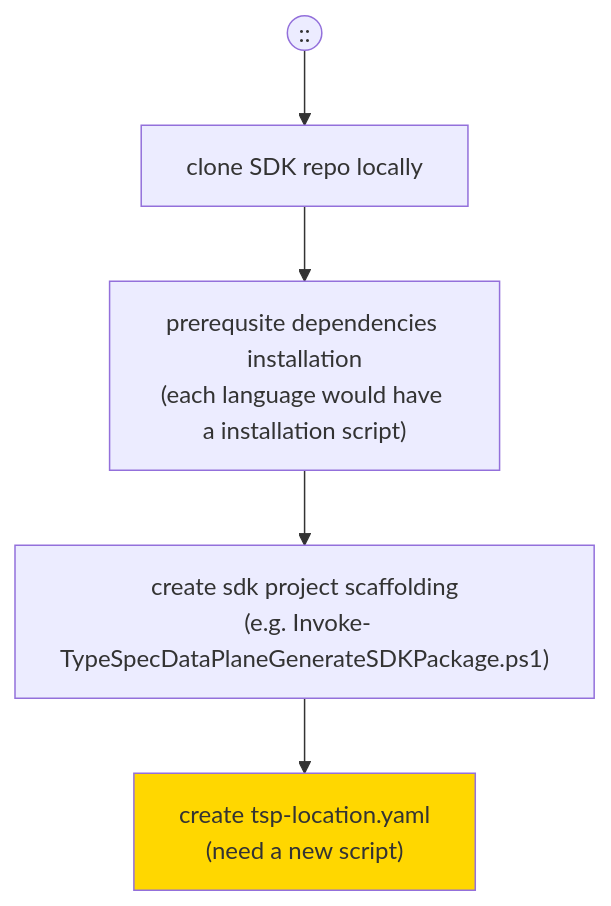
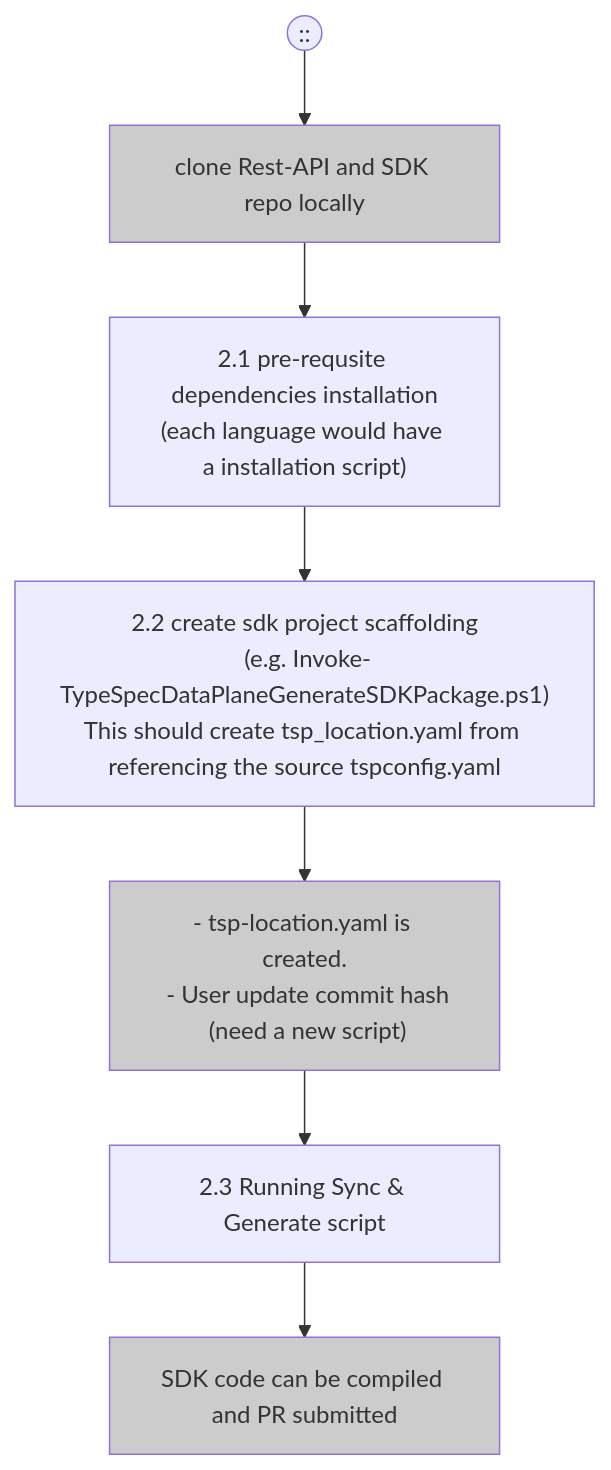
One commit to Azure/azure-rest-api-specs changed the second of 5 diagrams in documentation/typespec-end-to-end-scenarios.md. Above: the diagram before and after it, drawn with Mermaid. The commit also changed other lines of this file, not shown here.

````diff
--- a/documentation/typespec-end-to-end-scenarios.md
+++ b/documentation/typespec-end-to-end-scenarios.md
@@ -40,13 +63,16 @@
 ```mermaid
 flowchart TD
 classDef highlight fill:#ffd700
+classDef grey fill:#CCCCCC;
 User((::))-->A
-A["clone SDK repo locally"] --> B
-B["prerequsite dependencies installation
+A["clone Rest-API and SDK repo locally"] --> B
+B["2.1 pre-requsite dependencies installation
 (each language would have a installation script)"] --> C
-C["create sdk project scaffolding
- (e.g. Invoke-TypeSpecDataPlaneGenerateSDKPackage.ps1)"] --> D
- D["create tsp-location.yaml
+C["2.2 create sdk project scaffolding
+ (e.g. Invoke-TypeSpecDataPlaneGenerateSDKPackage.ps1)"<br>This should create tsp_location.yaml from referencing the source tspconfig.yaml] --> D
+ D["- tsp-location.yaml is created.<br> - User update commit hash
  (need a new script)"]
- class D highlight
+D-->E[2.3 Running Sync & Generate script]
+E-->F[SDK code can be compiled and PR submitted]
+class A,D,F grey
 ```
````
